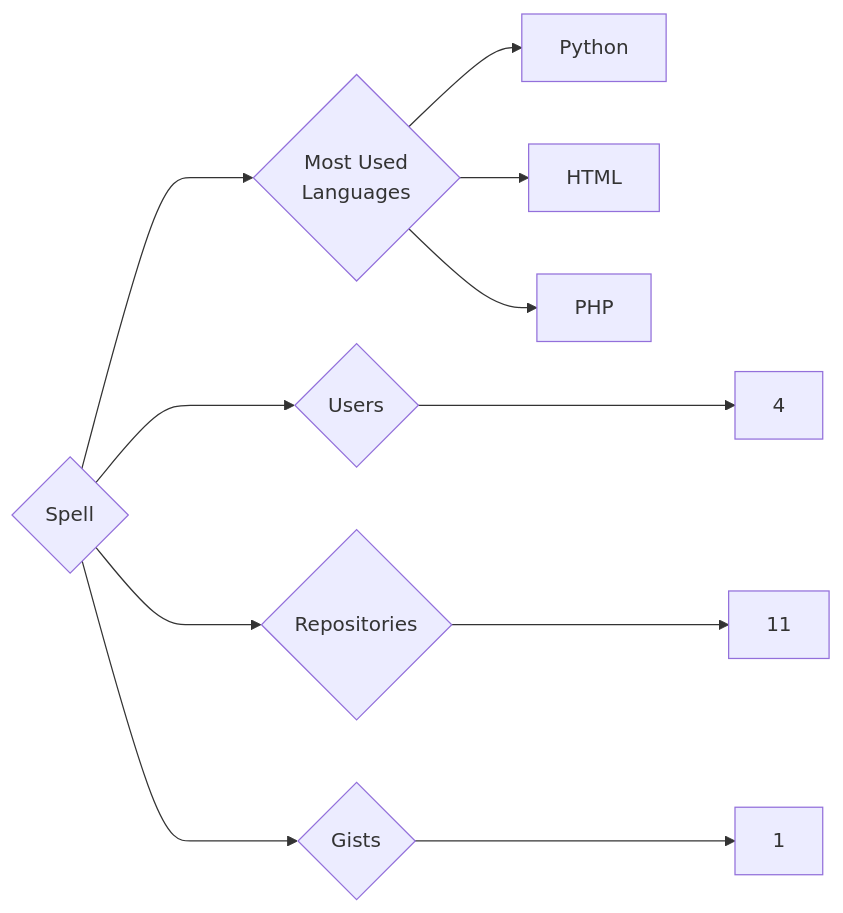
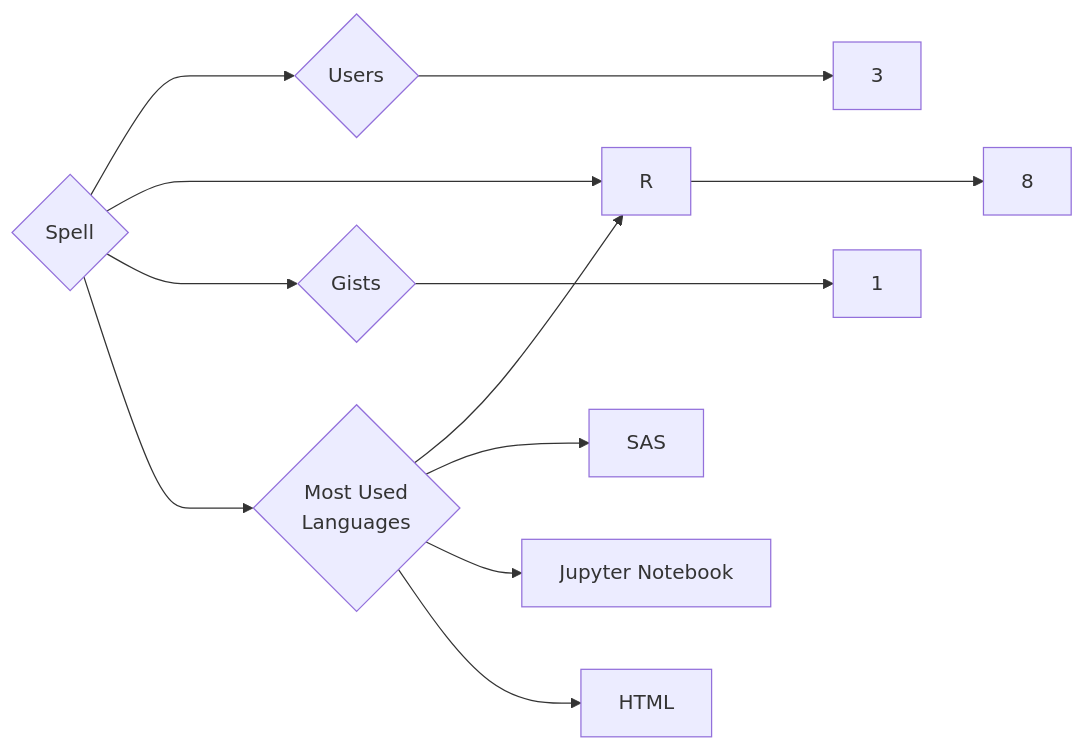
One commit to trickest/insiders changed the diagram in targets/Spell/README.md. Above: the diagram before and after it, drawn with Mermaid. The commit also changed 765 other files, not shown here.

````diff
--- a/targets/Spell/README.md
+++ b/targets/Spell/README.md
@@ -3,11 +3,12 @@
 ```mermaid
 graph LR
 COMPANY_NAME{Spell}
-COMPANY_NAME ---> U{Users} ---> UN[4]
-COMPANY_NAME ---> R{Repositories} ---> RN[11]
+COMPANY_NAME ---> U{Users} ---> UN[3]
+COMPANY_NAME ---> R{Repositories} ---> RN[8]
 COMPANY_NAME ---> G{Gists} ---> GN[1]
 COMPANY_NAME ---> ML{Most Used<br>Languages}
-ML --> Python[Python]
+ML --> R[R]
+ML --> SAS[SAS]
+ML --> Jupyter_Notebook[Jupyter Notebook]
 ML --> HTML[HTML]
-ML --> PHP[PHP]
 ```
````
